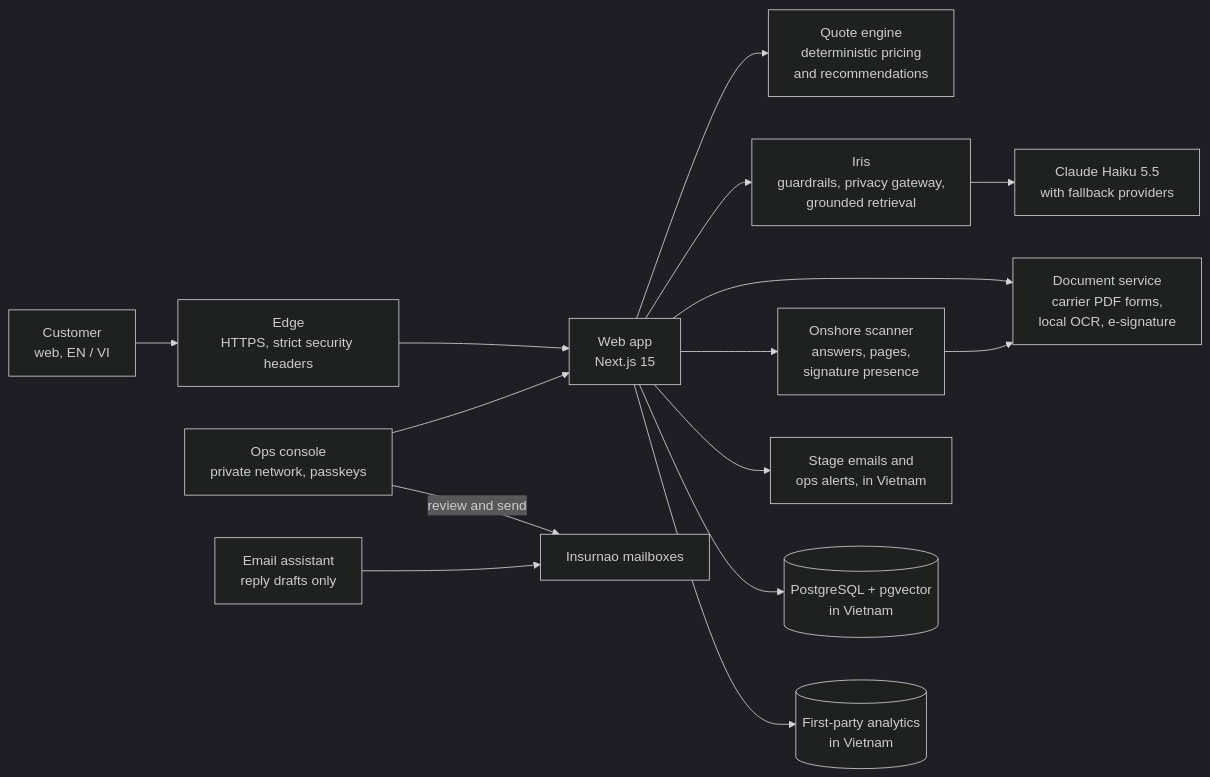
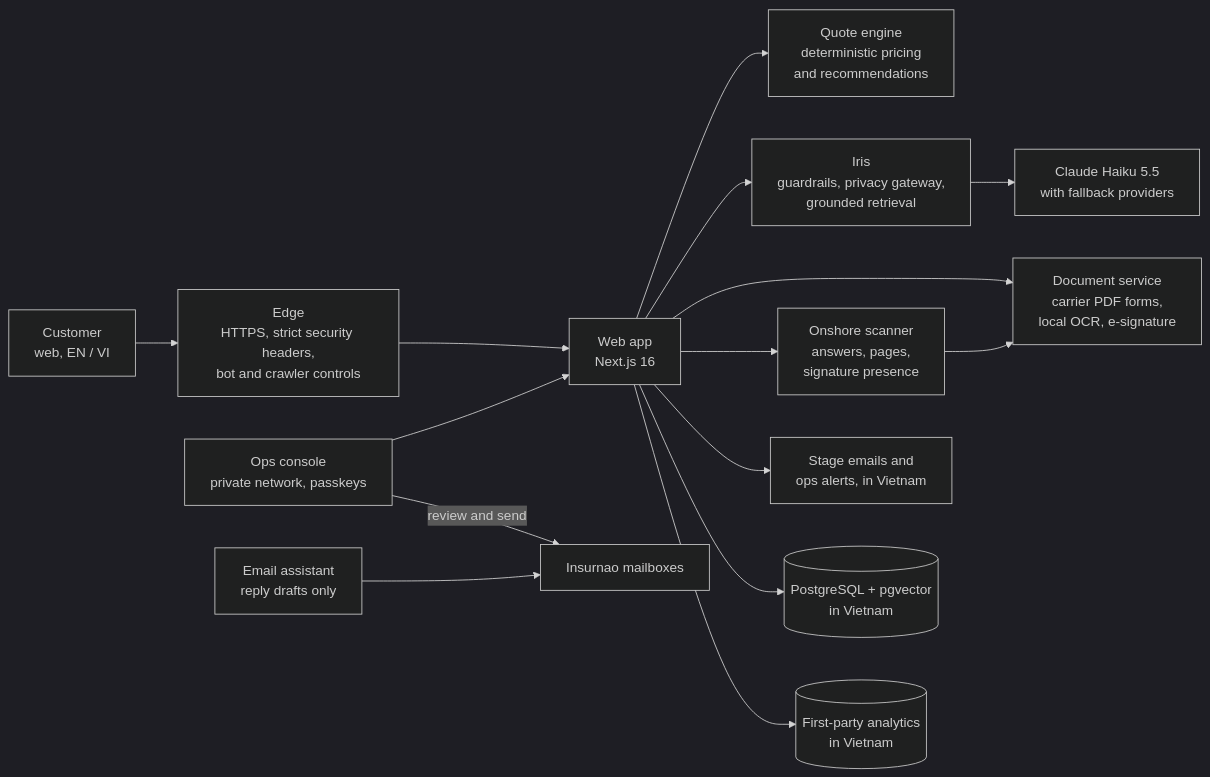
Before and after one commit to lecu0ng/insurnao-overview: the diagram in README.md, drawn with Mermaid (dark theme). The commit also changed other lines of this file, not shown here.

First line of the commit message:
Overview: Next.js 16, October security day and live audit, zero-day readiness, onshore bot and crawler controls, clean analytics, Iris re-testing.

````diff
--- a/README.md
+++ b/README.md
@@ -80,17 +81,17 @@
 ```mermaid
 flowchart LR
-  U["Customer<br/>web, EN / VI"] --> E["Edge<br/>HTTPS, strict security headers"]
-  E --> W["Web app<br/>Next.js 15"]
+  U["Customer<br/>web, EN / VI"] --> E["Edge<br/>HTTPS, strict security headers,<br/>bot and crawler controls"]
+  E --> W["Web app<br/>Next.js 16"]
   W --> Q["Quote engine<br/>deterministic pricing<br/>and recommendations"]
   W --> I["Iris<br/>guardrails, privacy gateway,<br/>grounded retrieval"]
   W --> D["Document service<br/>carrier PDF forms,<br/>local OCR, e-signature"]
   W --> SC["Onshore scanner<br/>answers, pages,<br/>signature presence"]
   SC --> D
   W --> N["Stage emails and<br/>ops alerts, in Vietnam"]
   W --> DB[("PostgreSQL + pgvector<br/>in Vietnam")]
   I --> M["Claude Haiku 5.5<br/>with fallback providers"]
   W --> A[("First-party analytics<br/>in Vietnam")]
   OPS["Ops console<br/>private network, passkeys"] --> W
   MA["Email assistant<br/>reply drafts only"] --> MB["Insurnao mailboxes"]
   OPS -->|"review and send"| MB
 ```
````
